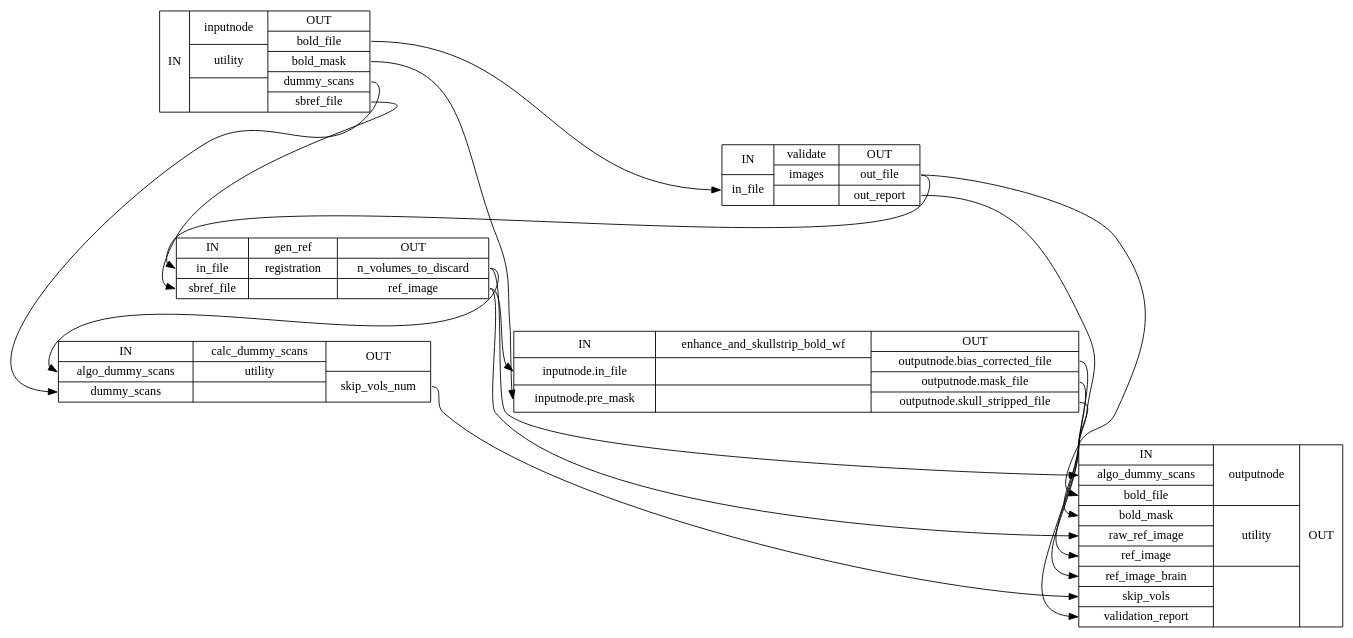
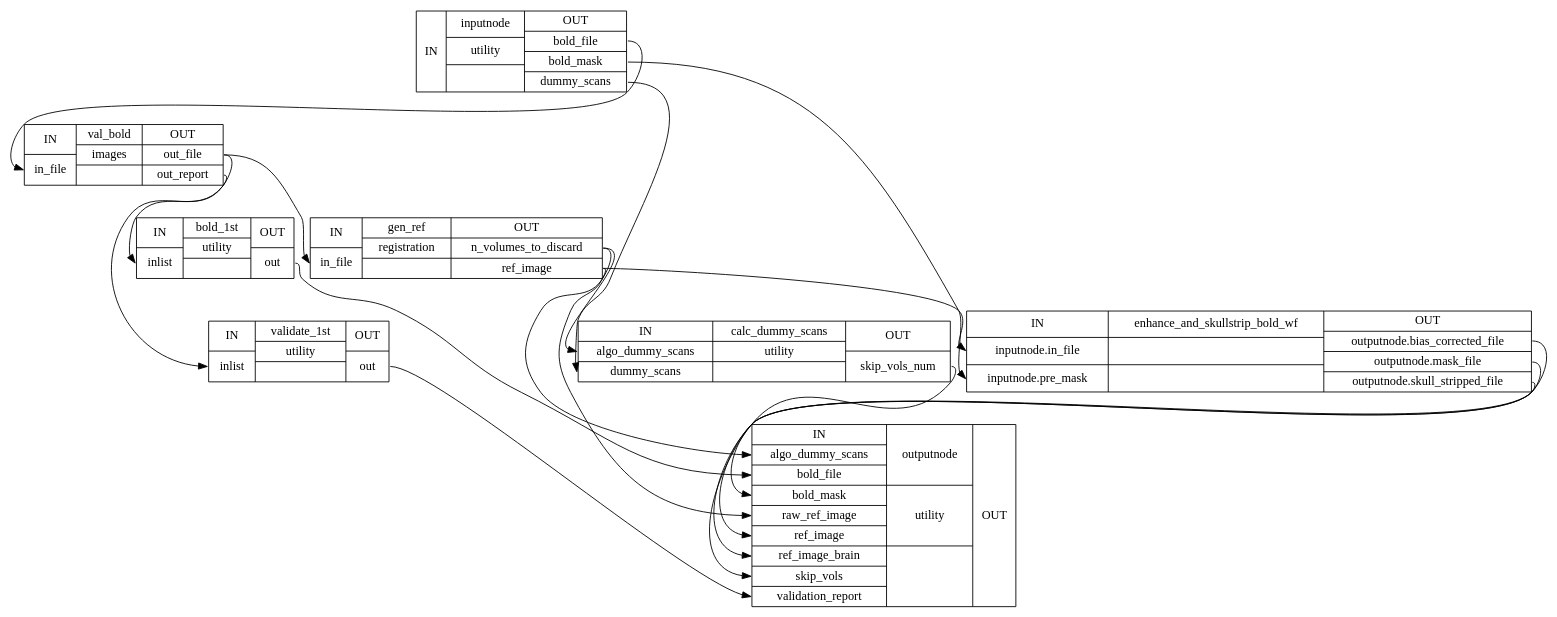
Before and after one commit to notZaki/niworkflows: the diagram in 1.0.1/wf_directive/api/bold_reference_wf/niworkflows-func-util-1_detailed.dot, drawn with Graphviz. The commit also changed 6341 other files, not shown here.

```diff
--- a/1.0.1/wf_directive/api/bold_reference_wf/niworkflows-func-util-1_detailed.dot
+++ b/1.0.1/wf_directive/api/bold_reference_wf/niworkflows-func-util-1_detailed.dot
@@ -1,24 +1,27 @@
 digraph structs {
 node [shape=record];
-bold_reference_wfinputnode [label="{IN}|{ inputnode | utility |  }|{OUT|<outboldfile> bold_file|<outboldmask> bold_mask|<outdummyscans> dummy_scans|<outsbreffile> sbref_file}"];
-bold_reference_wfvalidate [label="{IN|<ininfile> in_file}|{ validate | images |  }|{OUT|<outoutfile> out_file|<outoutreport> out_report}"];
-bold_reference_wfgen_ref [label="{IN|<ininfile> in_file|<insbreffile> sbref_file}|{ gen_ref | registration |  }|{OUT|<outnvolumestodiscard> n_volumes_to_discard|<outrefimage> ref_image}"];
+bold_reference_wfinputnode [label="{IN}|{ inputnode | utility |  }|{OUT|<outboldfile> bold_file|<outboldmask> bold_mask|<outdummyscans> dummy_scans}"];
+bold_reference_wfval_bold [label="{IN|<ininfile> in_file}|{ val_bold | images |  }|{OUT|<outoutfile> out_file|<outoutreport> out_report}"];
+bold_reference_wfvalidate_1st [label="{IN|<ininlist> inlist}|{ validate_1st | utility |  }|{OUT|<outout> out}"];
+bold_reference_wfbold_1st [label="{IN|<ininlist> inlist}|{ bold_1st | utility |  }|{OUT|<outout> out}"];
+bold_reference_wfgen_ref [label="{IN|<ininfile> in_file}|{ gen_ref | registration |  }|{OUT|<outnvolumestodiscard> n_volumes_to_discard|<outrefimage> ref_image}"];
 bold_reference_wfcalc_dummy_scans [label="{IN|<inalgodummyscans> algo_dummy_scans|<indummyscans> dummy_scans}|{ calc_dummy_scans | utility |  }|{OUT|<outskipvolsnum> skip_vols_num}"];
 bold_reference_wfenhance_and_skullstrip_bold_wf [label="{IN|<ininputnodeinfile> inputnode.in_file|<ininputnodepremask> inputnode.pre_mask}|{ enhance_and_skullstrip_bold_wf |  |  }|{OUT|<outoutputnodebiascorrectedfile> outputnode.bias_corrected_file|<outoutputnodemaskfile> outputnode.mask_file|<outoutputnodeskullstrippedfile> outputnode.skull_stripped_file}"];
 bold_reference_wfoutputnode [label="{IN|<inalgodummyscans> algo_dummy_scans|<inboldfile> bold_file|<inboldmask> bold_mask|<inrawrefimage> raw_ref_image|<inrefimage> ref_image|<inrefimagebrain> ref_image_brain|<inskipvols> skip_vols|<invalidationreport> validation_report}|{ outputnode | utility |  }|{OUT}"];
+bold_reference_wfbold_1st:outout:e -> bold_reference_wfoutputnode:inboldfile:w;
 bold_reference_wfcalc_dummy_scans:outskipvolsnum:e -> bold_reference_wfoutputnode:inskipvols:w;
 bold_reference_wfenhance_and_skullstrip_bold_wf:outoutputnodebiascorrectedfile:e -> bold_reference_wfoutputnode:inrefimage:w;
 bold_reference_wfenhance_and_skullstrip_bold_wf:outoutputnodemaskfile:e -> bold_reference_wfoutputnode:inboldmask:w;
 bold_reference_wfenhance_and_skullstrip_bold_wf:outoutputnodeskullstrippedfile:e -> bold_reference_wfoutputnode:inrefimagebrain:w;
 bold_reference_wfgen_ref:outnvolumestodiscard:e -> bold_reference_wfcalc_dummy_scans:inalgodummyscans:w;
 bold_reference_wfgen_ref:outnvolumestodiscard:e -> bold_reference_wfoutputnode:inalgodummyscans:w;
 bold_reference_wfgen_ref:outrefimage:e -> bold_reference_wfenhance_and_skullstrip_bold_wf:ininputnodeinfile:w;
 bold_reference_wfgen_ref:outrefimage:e -> bold_reference_wfoutputnode:inrawrefimage:w;
-bold_reference_wfinputnode:outboldfile:e -> bold_reference_wfvalidate:ininfile:w;
+bold_reference_wfinputnode:outboldfile:e -> bold_reference_wfval_bold:ininfile:w;
 bold_reference_wfinputnode:outboldmask:e -> bold_reference_wfenhance_and_skullstrip_bold_wf:ininputnodepremask:w;
 bold_reference_wfinputnode:outdummyscans:e -> bold_reference_wfcalc_dummy_scans:indummyscans:w;
-bold_reference_wfinputnode:outsbreffile:e -> bold_reference_wfgen_ref:insbreffile:w;
-bold_reference_wfvalidate:outoutfile:e -> bold_reference_wfgen_ref:ininfile:w;
-bold_reference_wfvalidate:outoutfile:e -> bold_reference_wfoutputnode:inboldfile:w;
-bold_reference_wfvalidate:outoutreport:e -> bold_reference_wfoutputnode:invalidationreport:w;
+bold_reference_wfval_bold:outoutfile:e -> bold_reference_wfbold_1st:ininlist:w;
+bold_reference_wfval_bold:outoutfile:e -> bold_reference_wfgen_ref:ininfile:w;
+bold_reference_wfval_bold:outoutreport:e -> bold_reference_wfvalidate_1st:ininlist:w;
+bold_reference_wfvalidate_1st:outout:e -> bold_reference_wfoutputnode:invalidationreport:w;
 }
```
